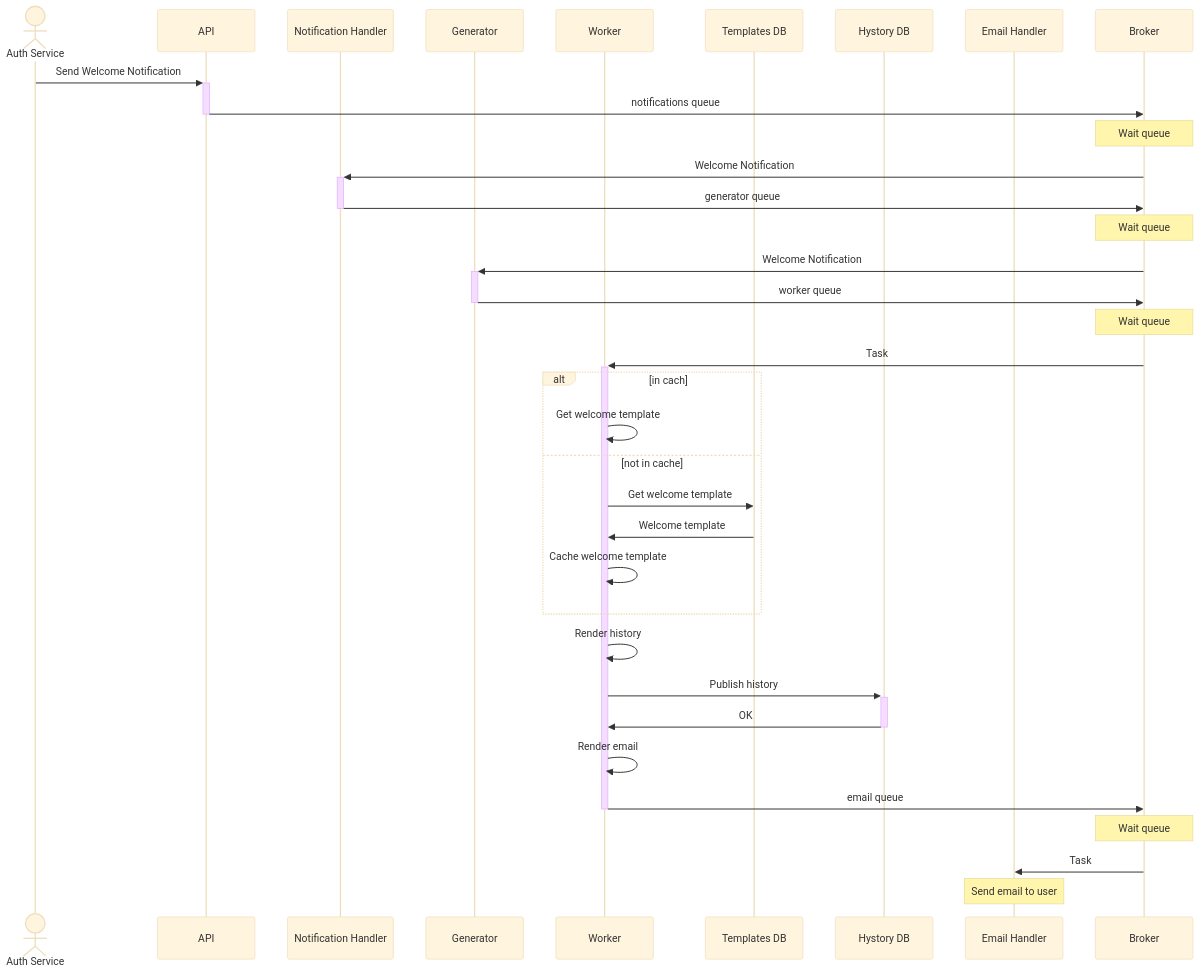
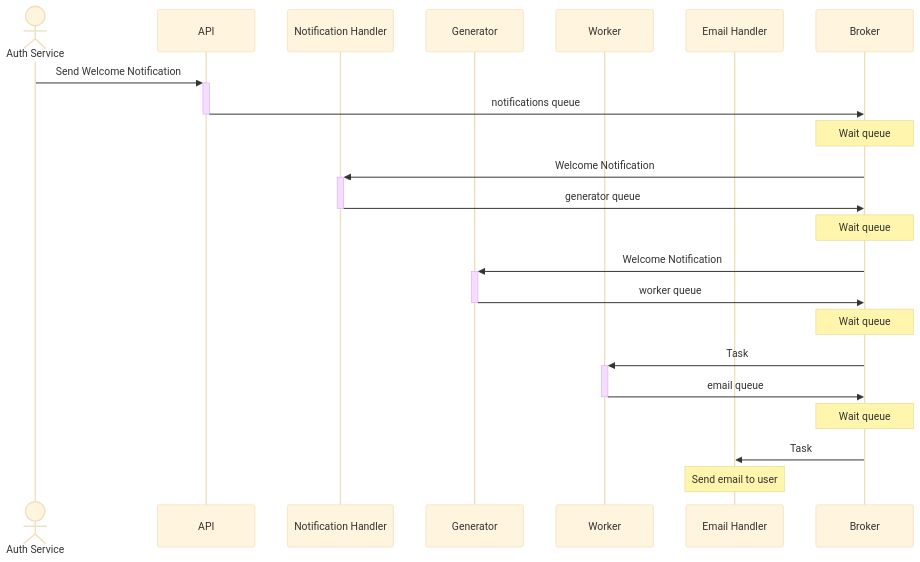
Before and after one commit to aigt/notifications_sprint_1: the second of 5 diagrams in documentation/Statement.md, drawn with Mermaid (base theme). The commit also changed other lines of this file, not shown here.

````diff
--- a/documentation/Statement.md
+++ b/documentation/Statement.md
@@ -73,40 +110,27 @@
 ```mermaid
 
 sequenceDiagram
   actor Client as Auth Service
   participant API
   participant NH as Notification Handler
   participant Generator
   participant Worker
-  participant TDB as Templates DB
-  participant HDB as Hystory DB
   participant EH as Email Handler
   participant Broker
 
   Client ->> +API: Send Welcome Notification
   API ->> -Broker: notifications queue
   Note over Broker: Wait queue
   Broker ->> +NH: Welcome Notification
   NH ->> -Broker: generator queue
   Note over Broker: Wait queue
   Broker ->> +Generator: Welcome Notification
   Generator ->> -Broker: worker queue
   Note over Broker: Wait queue
   Broker ->> +Worker: Task
-  alt in cach
-    Worker->>Worker: Get welcome template
-  else not in cache
-    Worker->>TDB: Get welcome template
-    TDB ->> Worker: Welcome template
-    Worker->>Worker: Cache welcome template
-  end
-  Worker->>Worker: Render history
-  Worker->>+HDB: Publish history
-  HDB->>-Worker: OK
-  Worker->>Worker: Render email
   Worker->>-Broker: email queue
   Note over Broker: Wait queue
   Broker ->> EH: Task
   Note over EH: Send email to user
 
 ```
````
